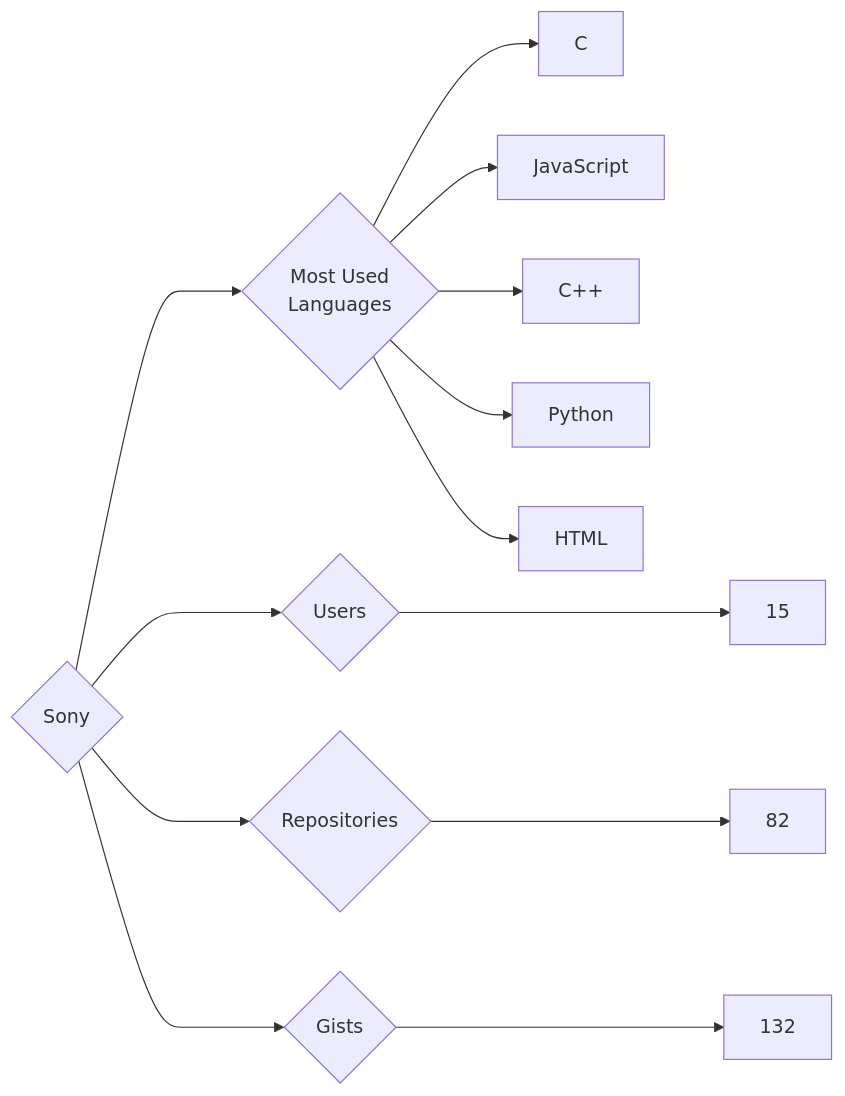
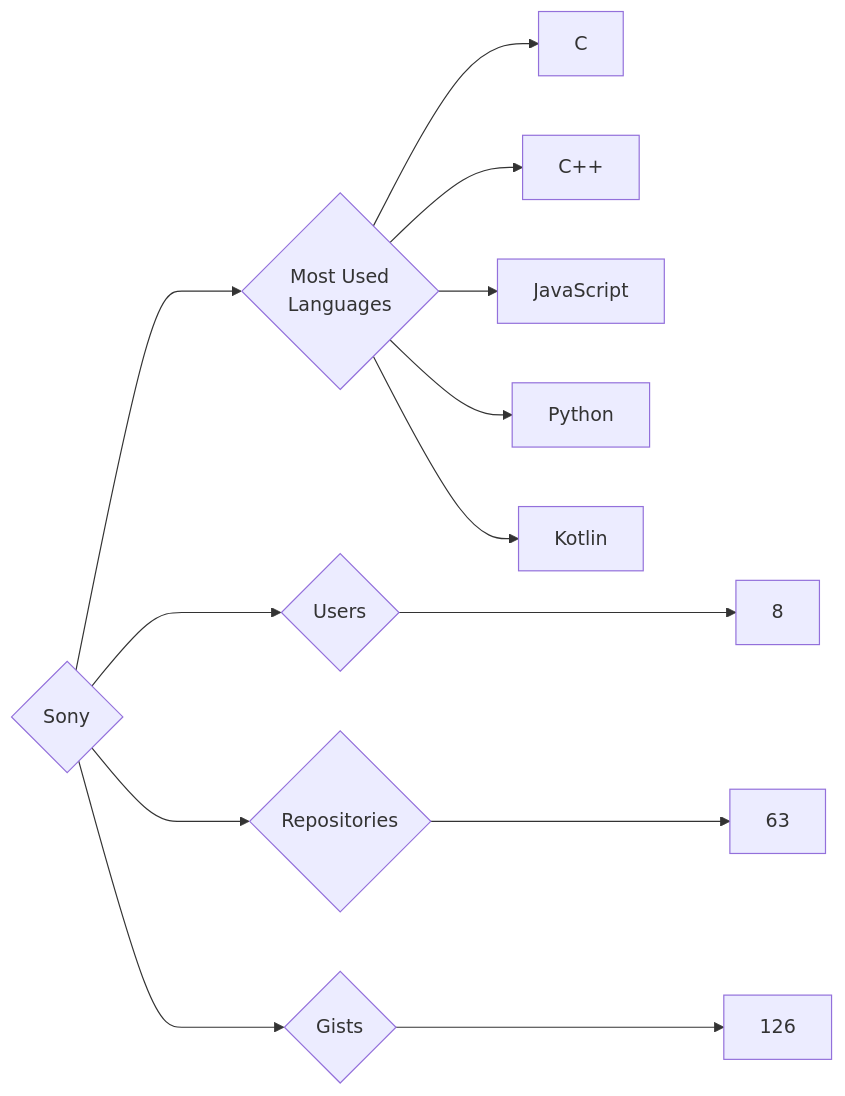
One commit to trickest/insiders changed the diagram in targets/Sony/README.md. Above: the diagram before and after it, drawn with Mermaid. The commit also changed 677 other files, not shown here.

````diff
--- a/targets/Sony/README.md
+++ b/targets/Sony/README.md
@@ -3,13 +3,13 @@
 ```mermaid
 graph LR
 COMPANY_NAME{Sony}
-COMPANY_NAME ---> U{Users} ---> UN[15]
-COMPANY_NAME ---> R{Repositories} ---> RN[82]
-COMPANY_NAME ---> G{Gists} ---> GN[132]
+COMPANY_NAME ---> U{Users} ---> UN[8]
+COMPANY_NAME ---> R{Repositories} ---> RN[63]
+COMPANY_NAME ---> G{Gists} ---> GN[126]
 COMPANY_NAME ---> ML{Most Used<br>Languages}
 ML --> C[C]
+ML --> C++[C++]
 ML --> JavaScript[JavaScript]
-ML --> C++[C++]
 ML --> Python[Python]
-ML --> HTML[HTML]
+ML --> Kotlin[Kotlin]
 ```
````
